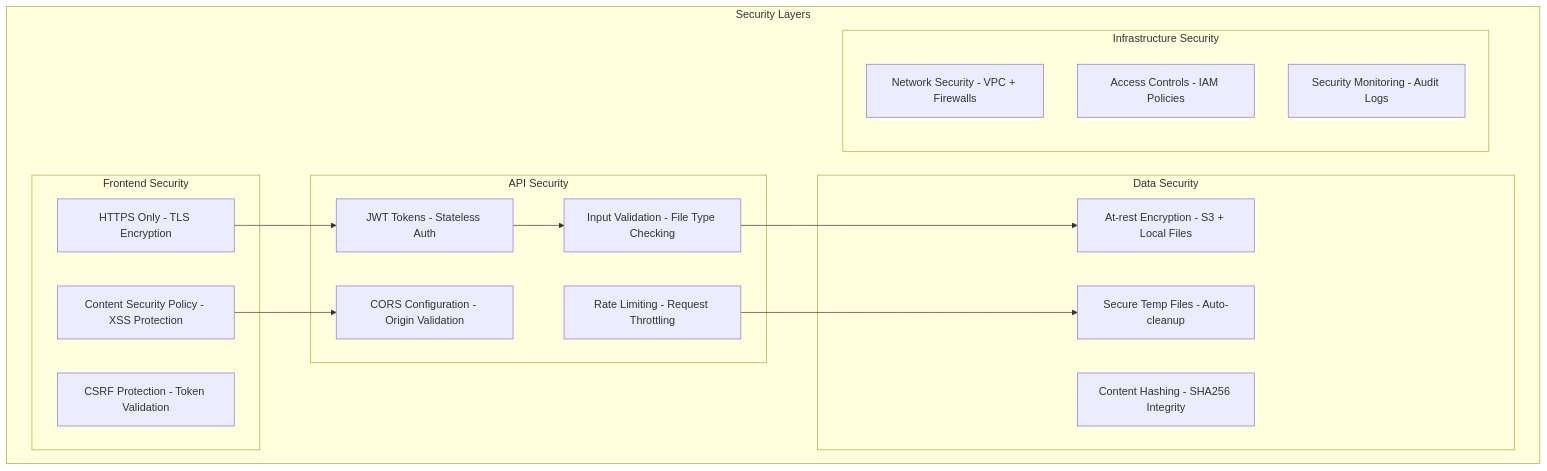
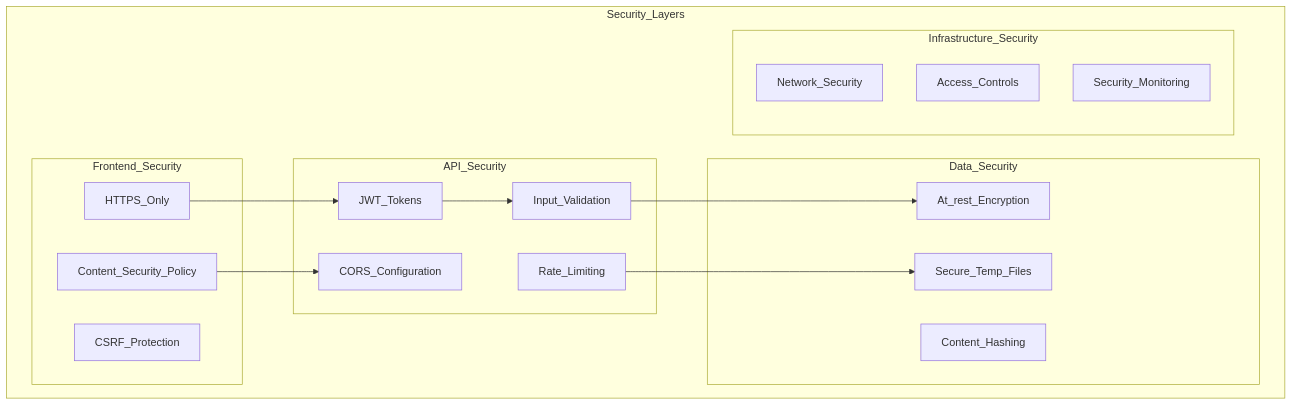
The sixth of 8 diagrams in ARCHITECTURE.md (jacoblum22/Firmament), drawn with Mermaid before and after one commit. The commit also changed other lines of this file, not shown here.

Commit message:
Refactor architecture diagrams for improved clarity and consistency in naming conventions

````diff
--- a/ARCHITECTURE.md
+++ b/ARCHITECTURE.md
@@ -237,35 +217,35 @@
 ```mermaid
 graph TB
-    subgraph "Security Layers"
-        subgraph "Frontend Security"
-            HTTPS[HTTPS Only - TLS Encryption]
-            CSP[Content Security Policy - XSS Protection]
-            CSRF[CSRF Protection - Token Validation]
+    subgraph Security_Layers
+        subgraph Frontend_Security
+            HTTPS[HTTPS_Only]
+            CSP[Content_Security_Policy]
+            CSRF[CSRF_Protection]
         end
         
-        subgraph "API Security"
-            CORS[CORS Configuration - Origin Validation]
-            RateLimit[Rate Limiting - Request Throttling]
-            JWT[JWT Tokens - Stateless Auth]
-            Validation[Input Validation - File Type Checking]
+        subgraph API_Security
+            CORS[CORS_Configuration]
+            RateLimit[Rate_Limiting]
+            JWT[JWT_Tokens]
+            Validation[Input_Validation]
         end
         
-        subgraph "Data Security"
-            Encryption[At-rest Encryption - S3 + Local Files]
-            TempFiles[Secure Temp Files - Auto-cleanup]
-            Hashing[Content Hashing - SHA256 Integrity]
+        subgraph Data_Security
+            Encryption[At_rest_Encryption]
+            TempFiles[Secure_Temp_Files]
+            Hashing[Content_Hashing]
         end
         
-        subgraph "Infrastructure Security"
-            Network[Network Security - VPC + Firewalls]
-            Access[Access Controls - IAM Policies]
-            Monitoring[Security Monitoring - Audit Logs]
+        subgraph Infrastructure_Security
+            Network[Network_Security]
+            Access[Access_Controls]
+            Monitoring[Security_Monitoring]
         end
     end
 
     HTTPS --> JWT
     JWT --> Validation
     Validation --> Encryption
     RateLimit --> TempFiles
     CSP --> CORS
 ```
````
